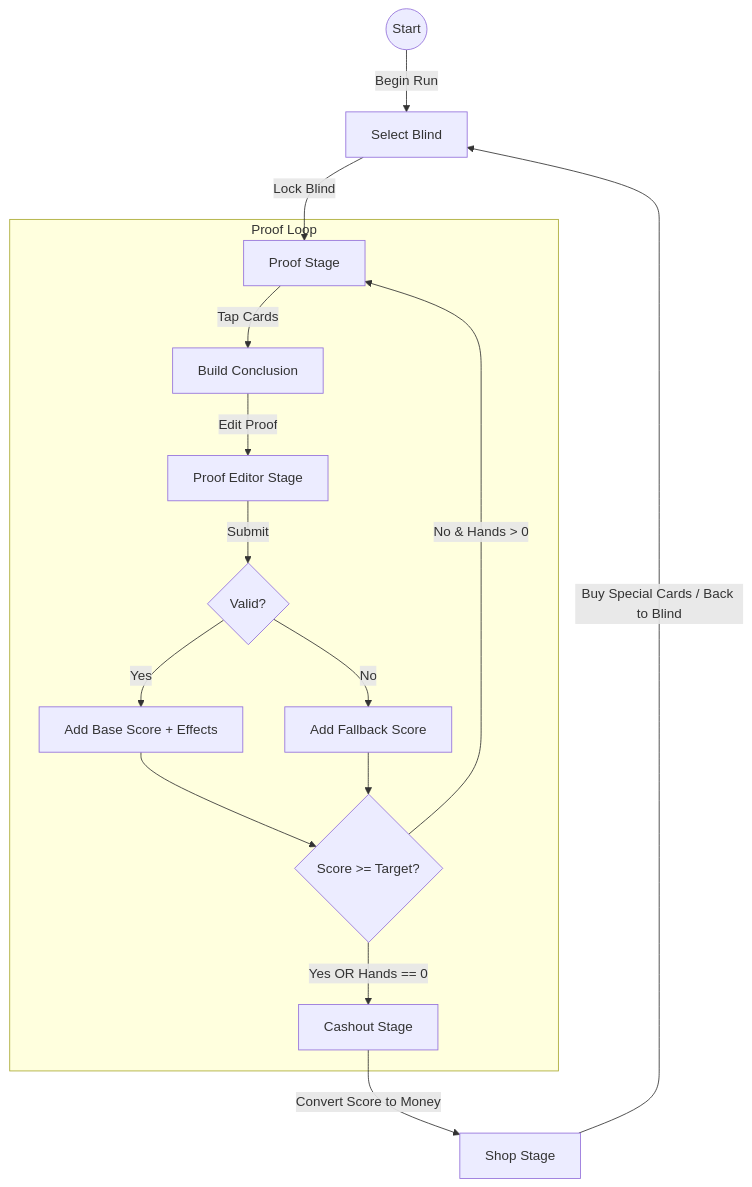
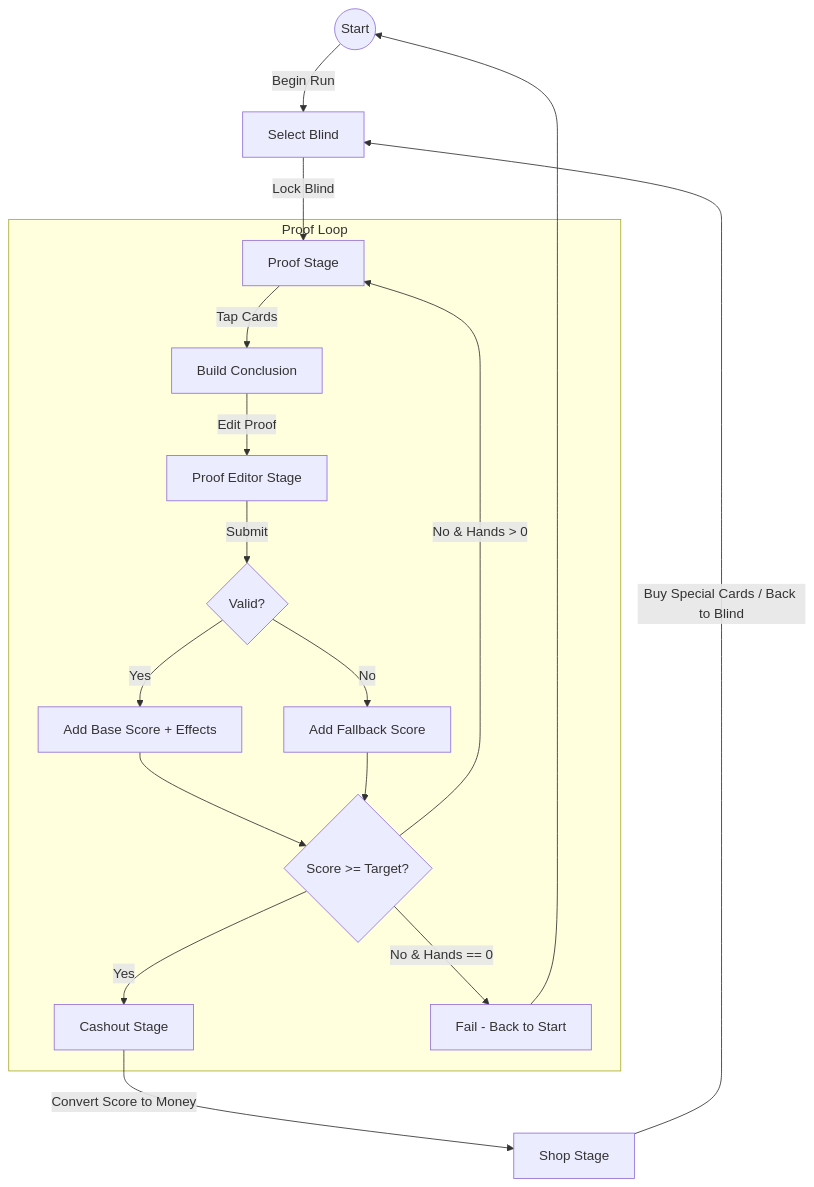
One commit to lilzcyyds-alt/boolatro changed the diagram in design_doc/1.0 Overview.md. Above: the diagram before and after it, drawn with Mermaid. The commit also changed 2 other files, not shown here.

````diff
--- a/design_doc/1.0 Overview.md
+++ b/design_doc/1.0 Overview.md
@@ -13,20 +13,22 @@
 ```mermaid
 graph TD
     Start((Start)) -->|Begin Run| SelectBlind[Select Blind]
     SelectBlind -->|Lock Blind| Proof[Proof Stage]
     
     subgraph Proof Loop
         Proof -->|Tap Cards| Conclusion[Build Conclusion]
         Conclusion -->|Edit Proof| Editor[Proof Editor Stage]
         Editor -->|Submit| Logic{Valid?}
         Logic -->|Yes| Score[Add Base Score + Effects]
         Logic -->|No| Fallback[Add Fallback Score]
         Score --> Goal{Score >= Target?}
         Fallback --> Goal
         Goal -->|No & Hands > 0| Proof
-        Goal -->|Yes OR Hands == 0| Cashout[Cashout Stage]
+        Goal -->|Yes| Cashout[Cashout Stage]
+        Goal -->|No & Hands == 0| Fail[Fail - Back to Start]
     end
     
+    Fail --> Start
     Cashout -->|Convert Score to Money| Shop[Shop Stage]
     Shop -->|Buy Special Cards / Back to Blind| SelectBlind
 ```
````
